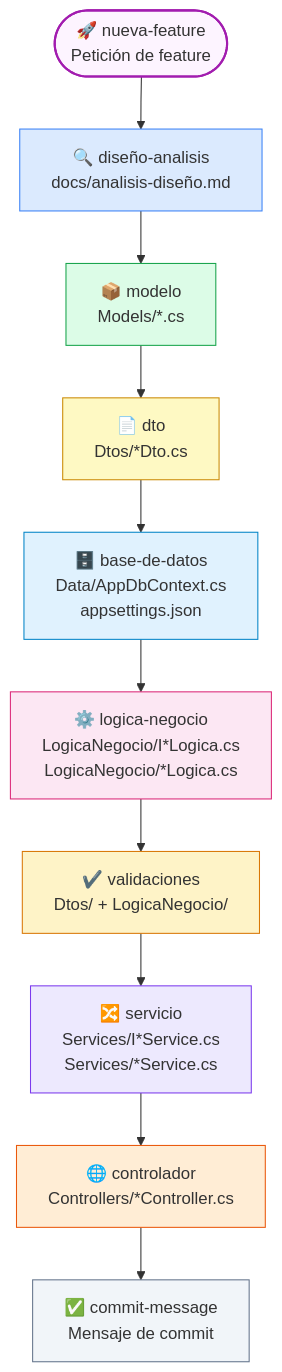
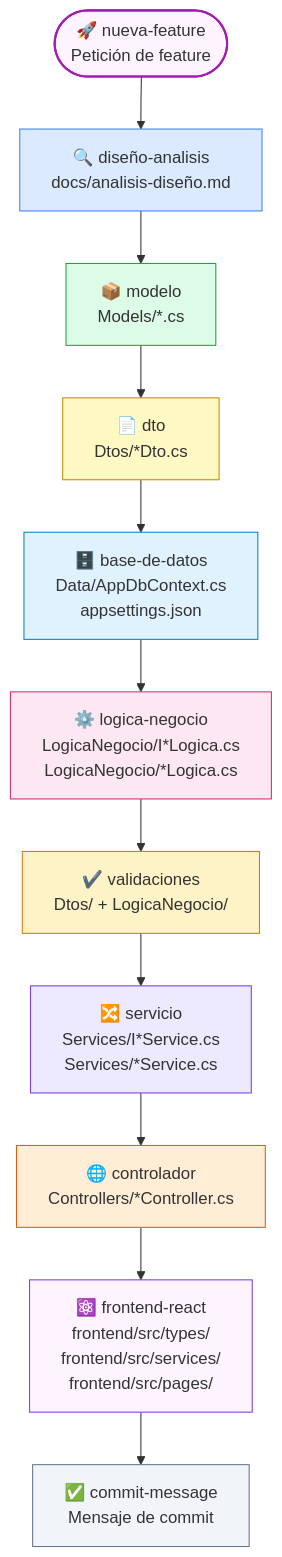
One commit to hispafox/DemoCopilot changed the first of 6 diagrams in docs/skills-orquestacion.md. Above: the diagram before and after it, drawn with Mermaid. The commit also changed other lines of this file and 10 other files, not shown here.

First line of the commit message:
feat(skills): añadir skill frontend-react e integrarlo en el flujo de desarrollo

````diff
--- a/docs/skills-orquestacion.md
+++ b/docs/skills-orquestacion.md
@@ -28,35 +29,38 @@
 ```mermaid
 flowchart TD
     NF(["🚀 nueva-feature\nPetición de feature"])
 
     DA["🔍 diseño-analisis\ndocs/analisis-diseño.md"]
     M["📦 modelo\nModels/*.cs"]
     DTO["📄 dto\nDtos/*Dto.cs"]
     BD["🗄️ base-de-datos\nData/AppDbContext.cs\nappsettings.json"]
     LN["⚙️ logica-negocio\nLogicaNegocio/I*Logica.cs\nLogicaNegocio/*Logica.cs"]
     VA["✔️ validaciones\nDtos/ + LogicaNegocio/"]
     SV["🔀 servicio\nServices/I*Service.cs\nServices/*Service.cs"]
     CT["🌐 controlador\nControllers/*Controller.cs"]
+    FR["⚛️ frontend-react\nfrontend/src/types/\nfrontend/src/services/\nfrontend/src/pages/"]
     CM["✅ commit-message\nMensaje de commit"]
 
     NF --> DA
     DA --> M
     M --> DTO
     DTO --> BD
     BD --> LN
     LN --> VA
     VA --> SV
     SV --> CT
-    CT --> CM
+    CT --> FR
+    FR --> CM
 
     style NF fill:#fdf4ff,stroke:#a21caf,stroke-width:2px
     style DA fill:#dbeafe,stroke:#3b82f6
     style M  fill:#dcfce7,stroke:#16a34a
     style DTO fill:#fef9c3,stroke:#ca8a04
     style BD fill:#e0f2fe,stroke:#0284c7
     style LN fill:#fce7f3,stroke:#db2777
     style VA fill:#fef3c7,stroke:#d97706
     style SV fill:#ede9fe,stroke:#7c3aed
     style CT fill:#ffedd5,stroke:#ea580c
+    style FR fill:#fdf4ff,stroke:#7c3aed
     style CM fill:#f1f5f9,stroke:#64748b
 ```
````
